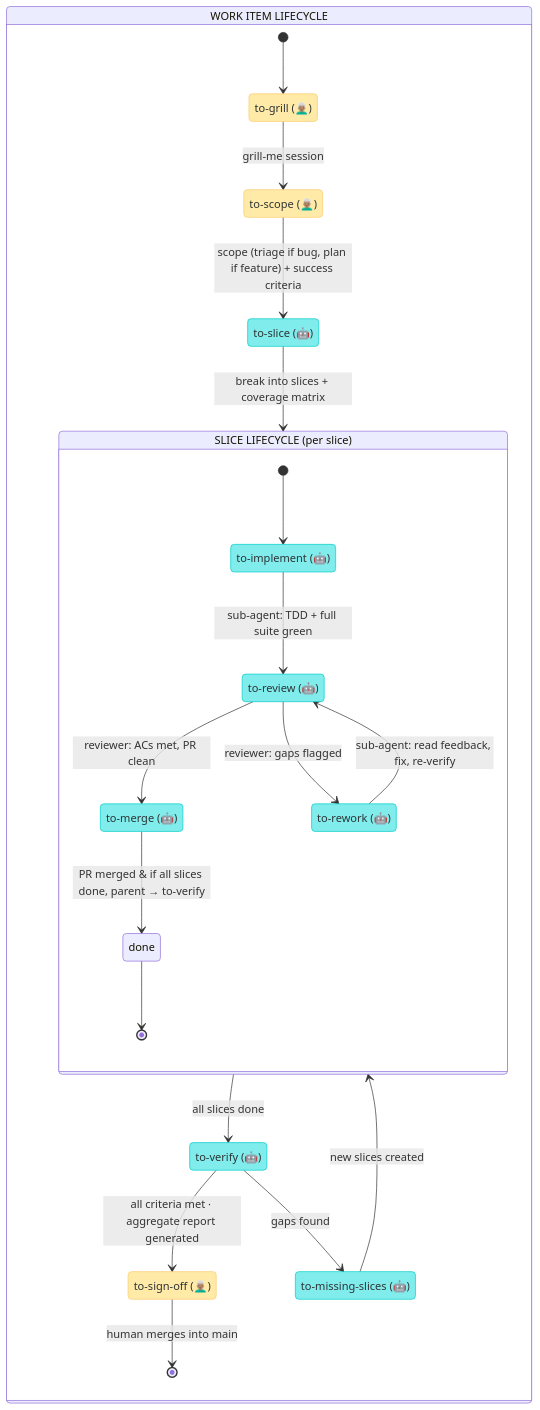
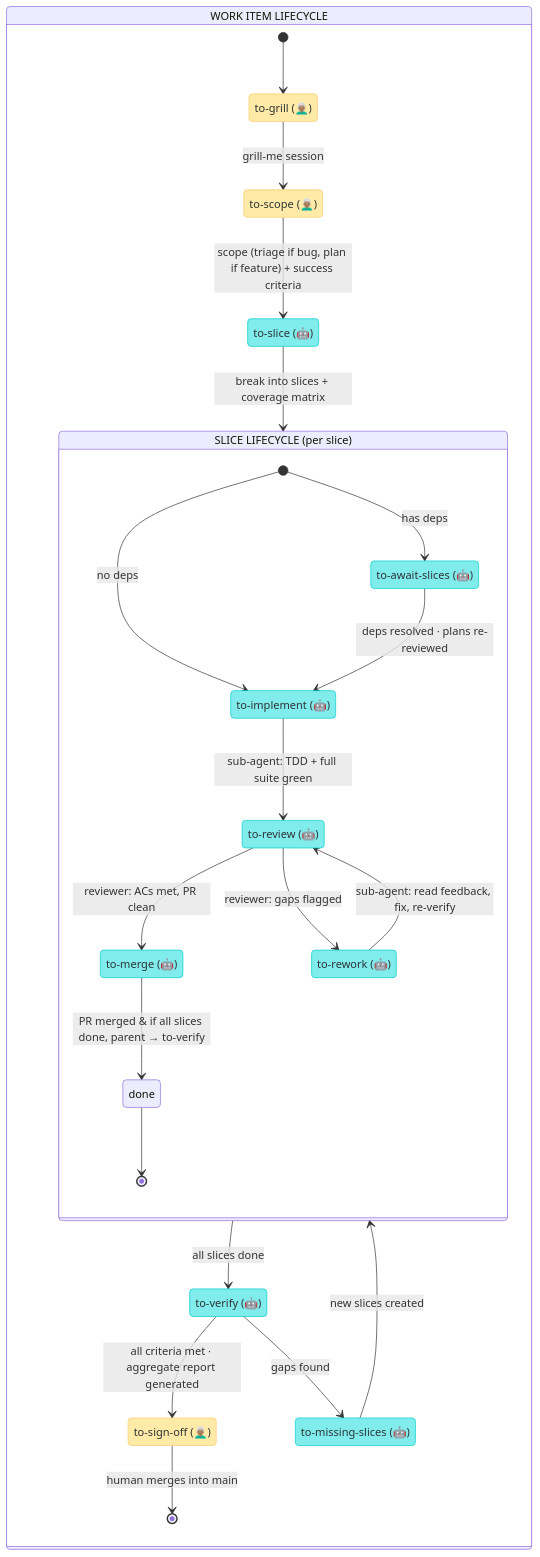
The diagram in orchestration-state-machine.md (mesqueeb/moonjelly-reef), drawn with Mermaid before and after one commit. The commit also changed other lines of this file, not shown here.

````diff
--- a/orchestration-state-machine.md
+++ b/orchestration-state-machine.md
@@ -46,48 +50,51 @@
 ```mermaid
 stateDiagram-v2
     direction TB
 
     classDef human fill:#ffeaa7,stroke:#fdcb6e,color:#2d3436
     classDef agent fill:#81ecec,stroke:#00cec9,color:#2d3436
 
     state "WORK ITEM LIFECYCLE" as work {
 
         state "to-grill (👨🏽‍🦳)" as to_grill
         state "to-scope (👨🏽‍🦳)" as to_scope
         state "to-slice (🤖)" as to_slice
         state "to-verify (🤖)" as to_verify
         state "to-missing-slices (🤖)" as gaps_to_new_slices
         state "to-sign-off (👨🏽‍🦳)" as to_sign_off
 
         [*] --> to_grill
         to_grill --> to_scope : grill-me session
         to_scope --> to_slice : scope (triage if bug, plan if feature) + success criteria
         to_verify --> to_sign_off : all criteria met · aggregate report generated
         to_verify --> gaps_to_new_slices : gaps found
         gaps_to_new_slices --> slice_lifecycle : new slices created
         to_sign_off --> [*] : human merges into main
 
         to_slice --> slice_lifecycle : break into slices + coverage matrix
         slice_lifecycle --> to_verify : all slices done
     }
 
     state "SLICE LIFECYCLE (per slice)" as slice_lifecycle {
 
+        state "to-await-slices (🤖)" as to_await
         state "to-implement (🤖)" as to_implement
         state "to-review (🤖)" as to_review
         state "to-rework (🤖)" as needs_rework
         state "to-merge (🤖)" as to_merge
         state "done" as slice_done
 
-        [*] --> to_implement
+        [*] --> to_implement : no deps
+        [*] --> to_await : has deps
+        to_await --> to_implement : deps resolved · plans re-reviewed
         to_implement --> to_review : sub-agent: TDD + full suite green
         to_review --> to_merge : reviewer: ACs met, PR clean
         to_review --> needs_rework : reviewer: gaps flagged
         needs_rework --> to_review : sub-agent: read feedback, fix, re-verify
         to_merge --> slice_done : PR merged & if all slices done, parent → to-verify
         slice_done --> [*]
     }
 
     class to_grill,to_scope,to_sign_off human
-    class to_slice,to_verify,gaps_to_new_slices,to_implement,to_review,needs_rework,to_merge agent
+    class to_slice,to_verify,gaps_to_new_slices,to_await,to_implement,to_review,needs_rework,to_merge agent
 ```
````
